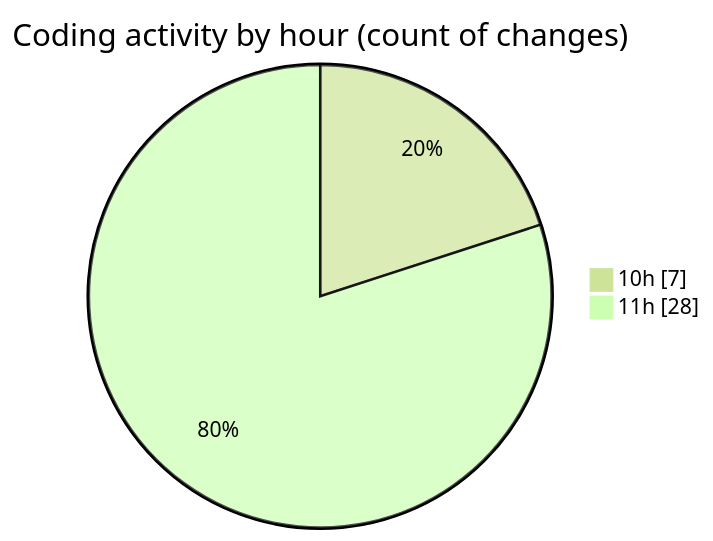
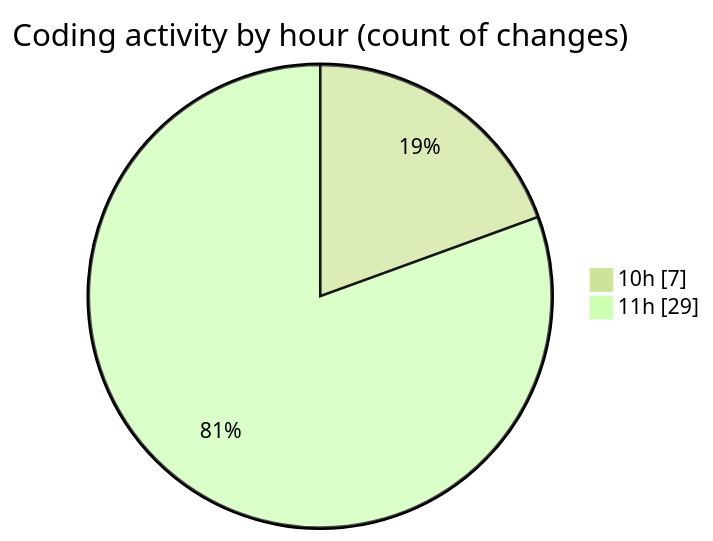
Before and after one commit to momahboobian/code-tracking: the second of 2 diagrams in 2025-06-26/cda/README.md, drawn with Mermaid (forest theme). The commit also changed other lines of this file and 1 other file, not shown here.

````diff
--- a/2025-06-26/cda/README.md
+++ b/2025-06-26/cda/README.md
@@ -28,6 +28,6 @@
 ```mermaid
 pie showData
 title Coding activity by hour (count of changes)
 "10h" : 7
-"11h" : 28
+"11h" : 29
 ```
````
